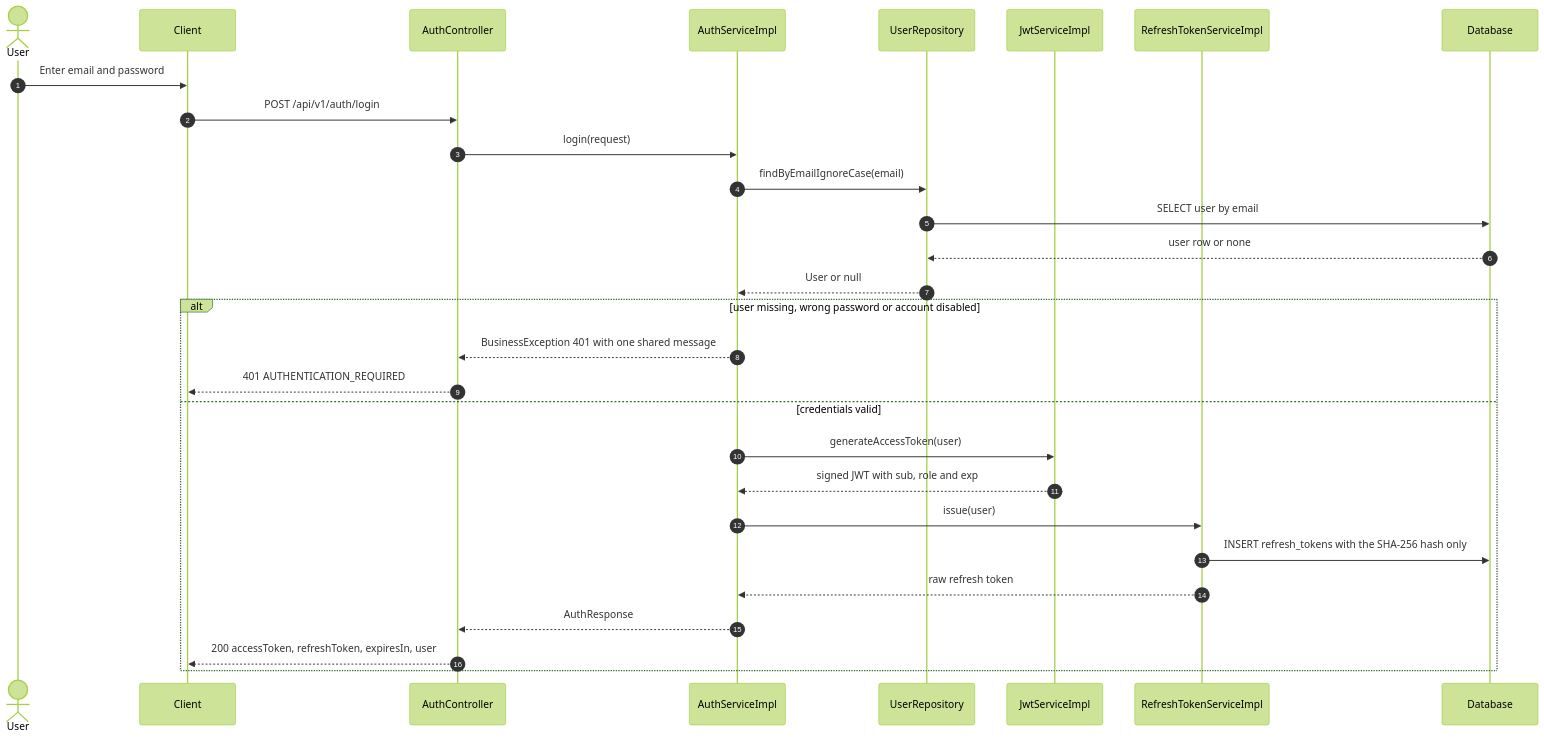
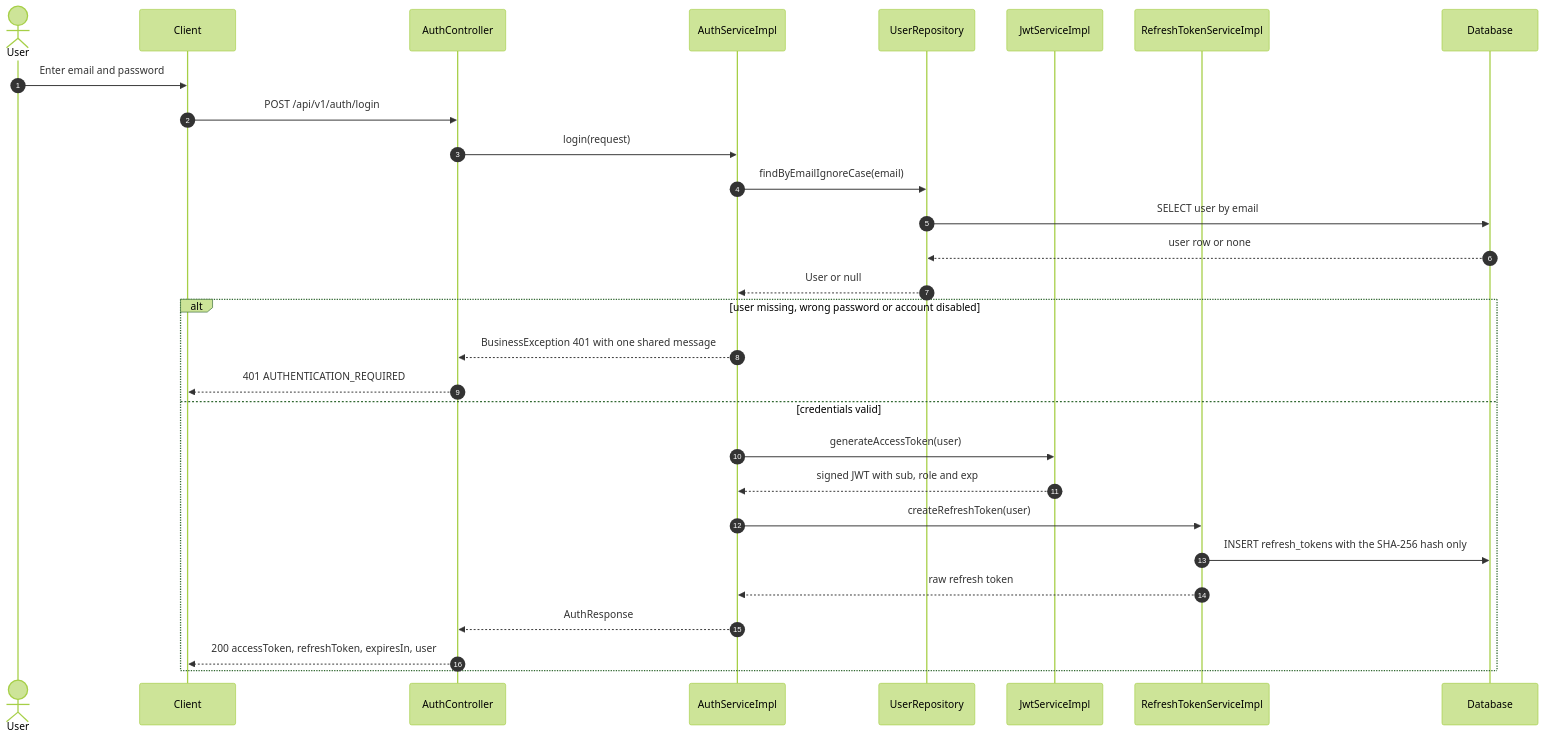
Before and after one commit to e-commercial-marketplace/commerce-platform-docs: the second of 4 diagrams in features/auth/SECURITY_FLOW.md, drawn with Mermaid (forest theme). The commit also changed other lines of this file and 3 other files, not shown here.

Commit message:
docs(naming): use the renamed service methods in sequence diagrams

````diff
--- a/features/auth/SECURITY_FLOW.md
+++ b/features/auth/SECURITY_FLOW.md
@@ -74,31 +74,31 @@
 ```mermaid
 sequenceDiagram
     autonumber
     actor User
     participant Client
     participant Controller as AuthController
     participant Auth as AuthServiceImpl
     participant Repo as UserRepository
     participant Jwt as JwtServiceImpl
     participant Refresh as RefreshTokenServiceImpl
     participant DB as Database
     User->>Client: Enter email and password
     Client->>Controller: POST /api/v1/auth/login
     Controller->>Auth: login(request)
     Auth->>Repo: findByEmailIgnoreCase(email)
     Repo->>DB: SELECT user by email
     DB-->>Repo: user row or none
     Repo-->>Auth: User or null
     alt user missing, wrong password or account disabled
         Auth-->>Controller: BusinessException 401 with one shared message
         Controller-->>Client: 401 AUTHENTICATION_REQUIRED
     else credentials valid
         Auth->>Jwt: generateAccessToken(user)
         Jwt-->>Auth: signed JWT with sub, role and exp
-        Auth->>Refresh: issue(user)
+        Auth->>Refresh: createRefreshToken(user)
         Refresh->>DB: INSERT refresh_tokens with the SHA-256 hash only
         Refresh-->>Auth: raw refresh token
         Auth-->>Controller: AuthResponse
         Controller-->>Client: 200 accessToken, refreshToken, expiresIn, user
     end
 ```
````
